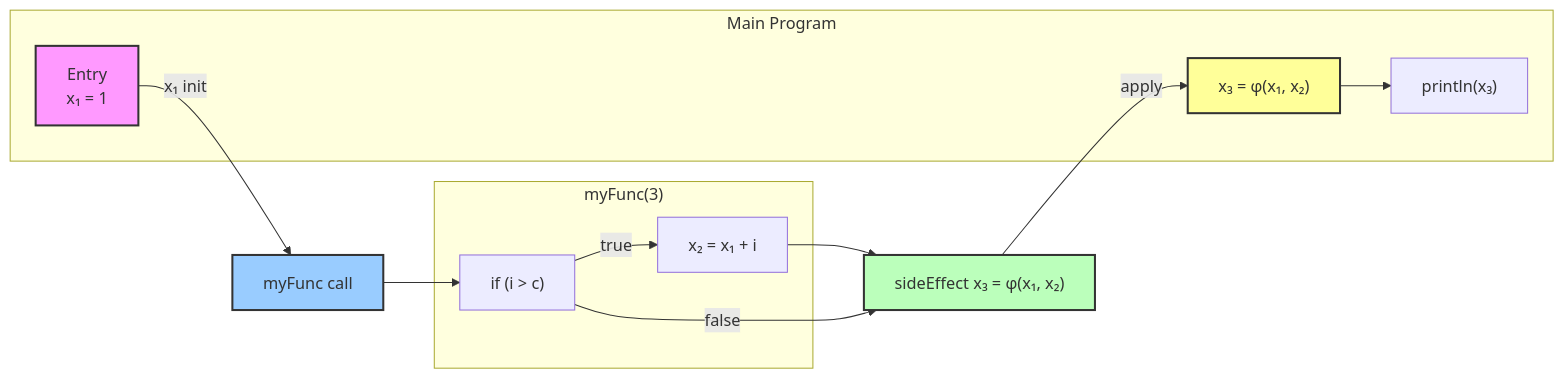
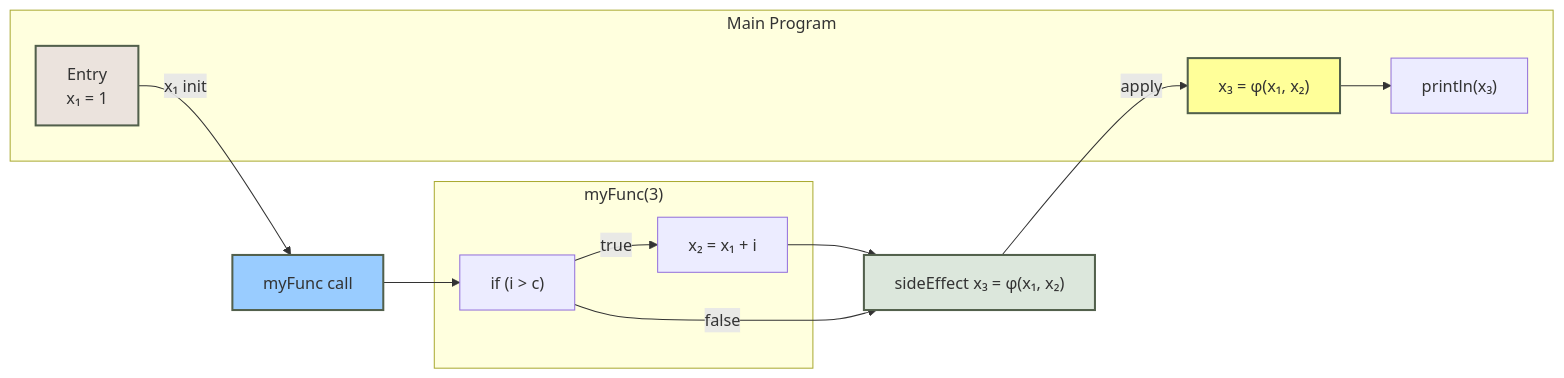
One commit to yaklang/ssa.to changed the third of 7 diagrams in static-analysis-guide/deep-dive-into-ssa-closure.mdx. Above: the diagram before and after it, drawn with Mermaid. The commit also changed other lines of this file and 91 other files, not shown here.

````diff
--- a/static-analysis-guide/deep-dive-into-ssa-closure.mdx
+++ b/static-analysis-guide/deep-dive-into-ssa-closure.mdx
@@ -830,30 +838,30 @@
 ```mermaid
 graph LR
     P["sideEffect x₃ = φ(x₁, x₂)"]
     subgraph "Main Program"
         A["Entry<br/>x₁ = 1"]
         D["println(x₃)"]
         E["x₃ = φ(x₁, x₂)"]
     end
 
     
     
     subgraph "myFunc(3)"
         B["if (i > c)"]
         C["x₂ = x₁ + i"]
         B -->|"true"| C
         
     end
     C --> P
     B -->|"false"| P
     A -->|"x₁ init"| F["myFunc call"]
     F --> B
     P -->|"apply"| E
     E --> D
 
-    style A fill:#f9f,stroke:#333,stroke-width:2px
-    style E fill:#ff9,stroke:#333,stroke-width:2px
-    style F fill:#9cf,stroke:#333,stroke-width:2px
-    style P fill:#bfb,stroke:#333,stroke-width:2px
+    style A fill:#ebe3dd,stroke:#52604c,stroke-width:2px
+    style E fill:#ff9,stroke:#52604c,stroke-width:2px
+    style F fill:#9cf,stroke:#52604c,stroke-width:2px
+    style P fill:#dce7dc,stroke:#52604c,stroke-width:2px
 
 ```
````
